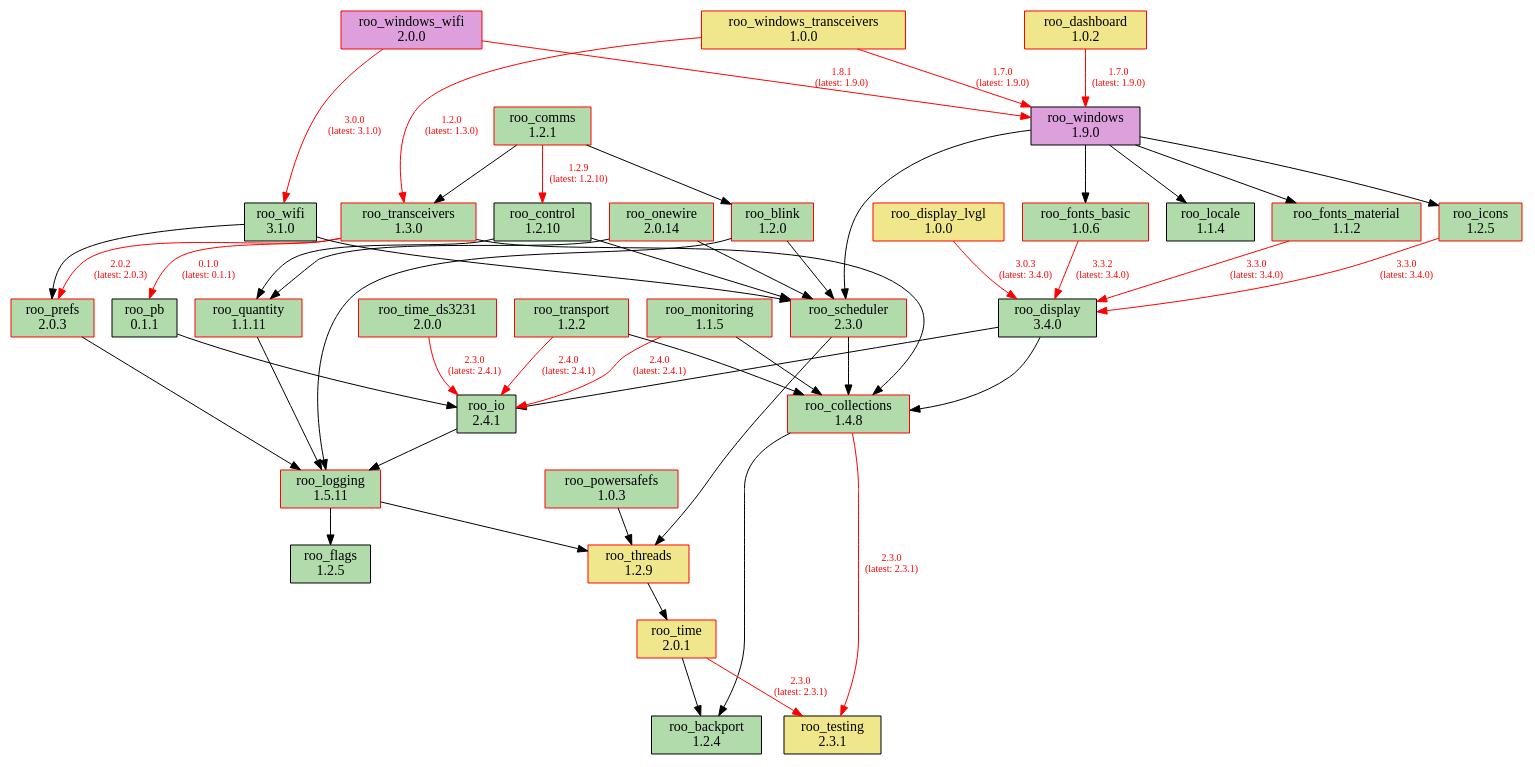
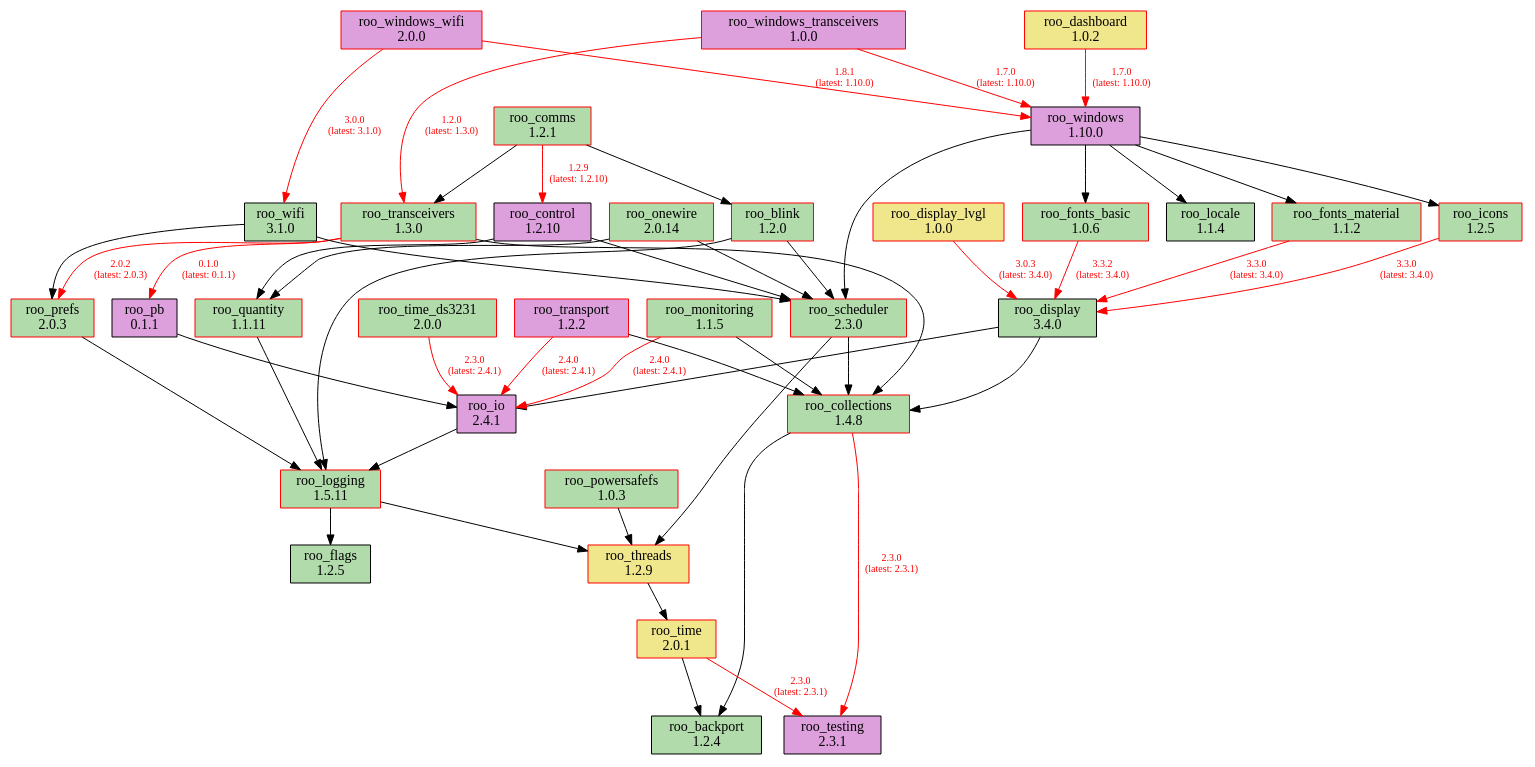
One commit to dejwk/roo-registry changed the diagram in doc/dependencies.dot. Above: the diagram before and after it, drawn with Graphviz. The commit also changed 3 other files, not shown here.

Commit message:
Added roo_windows 1.10.0 to the registry.

```diff
--- a/doc/dependencies.dot
+++ b/doc/dependencies.dot
@@ -1,90 +1,90 @@
 digraph dependencies {
     rankdir=TB;
     node [shape=box, style=filled];
     edge [fontsize=10];
 
     // Modules
     "roo_backport" [label="roo_backport\n1.2.4", fillcolor="#b1dbab", color="black"];
     "roo_blink" [label="roo_blink\n1.2.0", fillcolor="#b1dbab", color="red"];
     "roo_collections" [label="roo_collections\n1.4.8", fillcolor="#b1dbab", color="red"];
     "roo_comms" [label="roo_comms\n1.2.1", fillcolor="#b1dbab", color="red"];
-    "roo_control" [label="roo_control\n1.2.10", fillcolor="#b1dbab", color="black"];
+    "roo_control" [label="roo_control\n1.2.10", fillcolor="plum", color="black"];
     "roo_dashboard" [label="roo_dashboard\n1.0.2", fillcolor="khaki", color="red"];
     "roo_display" [label="roo_display\n3.4.0", fillcolor="#b1dbab", color="black"];
     "roo_display_lvgl" [label="roo_display_lvgl\n1.0.0", fillcolor="khaki", color="red"];
     "roo_flags" [label="roo_flags\n1.2.5", fillcolor="#b1dbab", color="black"];
     "roo_fonts_basic" [label="roo_fonts_basic\n1.0.6", fillcolor="#b1dbab", color="red"];
     "roo_fonts_material" [label="roo_fonts_material\n1.1.2", fillcolor="#b1dbab", color="red"];
     "roo_icons" [label="roo_icons\n1.2.5", fillcolor="#b1dbab", color="red"];
-    "roo_io" [label="roo_io\n2.4.1", fillcolor="#b1dbab", color="black"];
+    "roo_io" [label="roo_io\n2.4.1", fillcolor="plum", color="black"];
     "roo_locale" [label="roo_locale\n1.1.4", fillcolor="#b1dbab", color="black"];
     "roo_logging" [label="roo_logging\n1.5.11", fillcolor="#b1dbab", color="red"];
     "roo_monitoring" [label="roo_monitoring\n1.1.5", fillcolor="#b1dbab", color="red"];
     "roo_onewire" [label="roo_onewire\n2.0.14", fillcolor="#b1dbab", color="red"];
-    "roo_pb" [label="roo_pb\n0.1.1", fillcolor="#b1dbab", color="black"];
+    "roo_pb" [label="roo_pb\n0.1.1", fillcolor="plum", color="black"];
     "roo_powersafefs" [label="roo_powersafefs\n1.0.3", fillcolor="#b1dbab", color="red"];
     "roo_prefs" [label="roo_prefs\n2.0.3", fillcolor="#b1dbab", color="red"];
     "roo_quantity" [label="roo_quantity\n1.1.11", fillcolor="#b1dbab", color="red"];
     "roo_scheduler" [label="roo_scheduler\n2.3.0", fillcolor="#b1dbab", color="red"];
-    "roo_testing" [label="roo_testing\n2.3.1", fillcolor="khaki", color="black"];
+    "roo_testing" [label="roo_testing\n2.3.1", fillcolor="plum", color="black"];
     "roo_threads" [label="roo_threads\n1.2.9", fillcolor="khaki", color="red"];
     "roo_time" [label="roo_time\n2.0.1", fillcolor="khaki", color="red"];
     "roo_time_ds3231" [label="roo_time_ds3231\n2.0.0", fillcolor="#b1dbab", color="red"];
     "roo_transceivers" [label="roo_transceivers\n1.3.0", fillcolor="#b1dbab", color="red"];
-    "roo_transport" [label="roo_transport\n1.2.2", fillcolor="#b1dbab", color="red"];
+    "roo_transport" [label="roo_transport\n1.2.2", fillcolor="plum", color="red"];
     "roo_wifi" [label="roo_wifi\n3.1.0", fillcolor="#b1dbab", color="black"];
-    "roo_windows" [label="roo_windows\n1.9.0", fillcolor="plum", color="black"];
-    "roo_windows_transceivers" [label="roo_windows_transceivers\n1.0.0", fillcolor="khaki", color="red"];
+    "roo_windows" [label="roo_windows\n1.10.0", fillcolor="plum", color="black"];
+    "roo_windows_transceivers" [label="roo_windows_transceivers\n1.0.0", fillcolor="plum", color="red"];
     "roo_windows_wifi" [label="roo_windows_wifi\n2.0.0", fillcolor="plum", color="red"];
 
     // Dependencies
     "roo_blink" -> "roo_logging";
     "roo_blink" -> "roo_scheduler";
     "roo_collections" -> "roo_testing" [color=red, fontcolor=red, label="2.3.0\n(latest: 2.3.1)"];
     "roo_collections" -> "roo_backport";
     "roo_comms" -> "roo_blink";
     "roo_comms" -> "roo_control" [color=red, fontcolor=red, label="1.2.9\n(latest: 1.2.10)"];
     "roo_comms" -> "roo_transceivers";
     "roo_control" -> "roo_quantity";
     "roo_control" -> "roo_scheduler";
-    "roo_dashboard" -> "roo_windows" [color=red, fontcolor=red, label="1.7.0\n(latest: 1.9.0)"];
+    "roo_dashboard" -> "roo_windows" [color=red, fontcolor=red, label="1.7.0\n(latest: 1.10.0)"];
     "roo_display" -> "roo_collections";
     "roo_display" -> "roo_io";
     "roo_display_lvgl" -> "roo_display" [color=red, fontcolor=red, label="3.0.3\n(latest: 3.4.0)"];
     "roo_fonts_basic" -> "roo_display" [color=red, fontcolor=red, label="3.3.2\n(latest: 3.4.0)"];
     "roo_fonts_material" -> "roo_display" [color=red, fontcolor=red, label="3.3.0\n(latest: 3.4.0)"];
     "roo_icons" -> "roo_display" [color=red, fontcolor=red, label="3.3.0\n(latest: 3.4.0)"];
     "roo_io" -> "roo_logging";
     "roo_logging" -> "roo_flags";
     "roo_logging" -> "roo_threads";
     "roo_monitoring" -> "roo_collections";
     "roo_monitoring" -> "roo_io" [color=red, fontcolor=red, label="2.4.0\n(latest: 2.4.1)"];
     "roo_onewire" -> "roo_scheduler";
     "roo_onewire" -> "roo_quantity";
     "roo_pb" -> "roo_io";
     "roo_powersafefs" -> "roo_threads";
     "roo_prefs" -> "roo_logging";
     "roo_quantity" -> "roo_logging";
     "roo_scheduler" -> "roo_collections";
     "roo_scheduler" -> "roo_threads";
     "roo_threads" -> "roo_time";
     "roo_time" -> "roo_testing" [color=red, fontcolor=red, label="2.3.0\n(latest: 2.3.1)"];
     "roo_time" -> "roo_backport";
     "roo_time_ds3231" -> "roo_io" [color=red, fontcolor=red, label="2.3.0\n(latest: 2.4.1)"];
     "roo_transceivers" -> "roo_pb" [color=red, fontcolor=red, label="0.1.0\n(latest: 0.1.1)"];
     "roo_transceivers" -> "roo_collections";
     "roo_transceivers" -> "roo_prefs" [color=red, fontcolor=red, label="2.0.2\n(latest: 2.0.3)"];
     "roo_transport" -> "roo_collections";
     "roo_transport" -> "roo_io" [color=red, fontcolor=red, label="2.4.0\n(latest: 2.4.1)"];
     "roo_wifi" -> "roo_prefs";
     "roo_wifi" -> "roo_scheduler";
     "roo_windows" -> "roo_fonts_basic";
     "roo_windows" -> "roo_fonts_material";
     "roo_windows" -> "roo_locale";
     "roo_windows" -> "roo_icons";
     "roo_windows" -> "roo_scheduler";
     "roo_windows_transceivers" -> "roo_transceivers" [color=red, fontcolor=red, label="1.2.0\n(latest: 1.3.0)"];
-    "roo_windows_transceivers" -> "roo_windows" [color=red, fontcolor=red, label="1.7.0\n(latest: 1.9.0)"];
+    "roo_windows_transceivers" -> "roo_windows" [color=red, fontcolor=red, label="1.7.0\n(latest: 1.10.0)"];
     "roo_windows_wifi" -> "roo_wifi" [color=red, fontcolor=red, label="3.0.0\n(latest: 3.1.0)"];
-    "roo_windows_wifi" -> "roo_windows" [color=red, fontcolor=red, label="1.8.1\n(latest: 1.9.0)"];
+    "roo_windows_wifi" -> "roo_windows" [color=red, fontcolor=red, label="1.8.1\n(latest: 1.10.0)"];
 }
```
